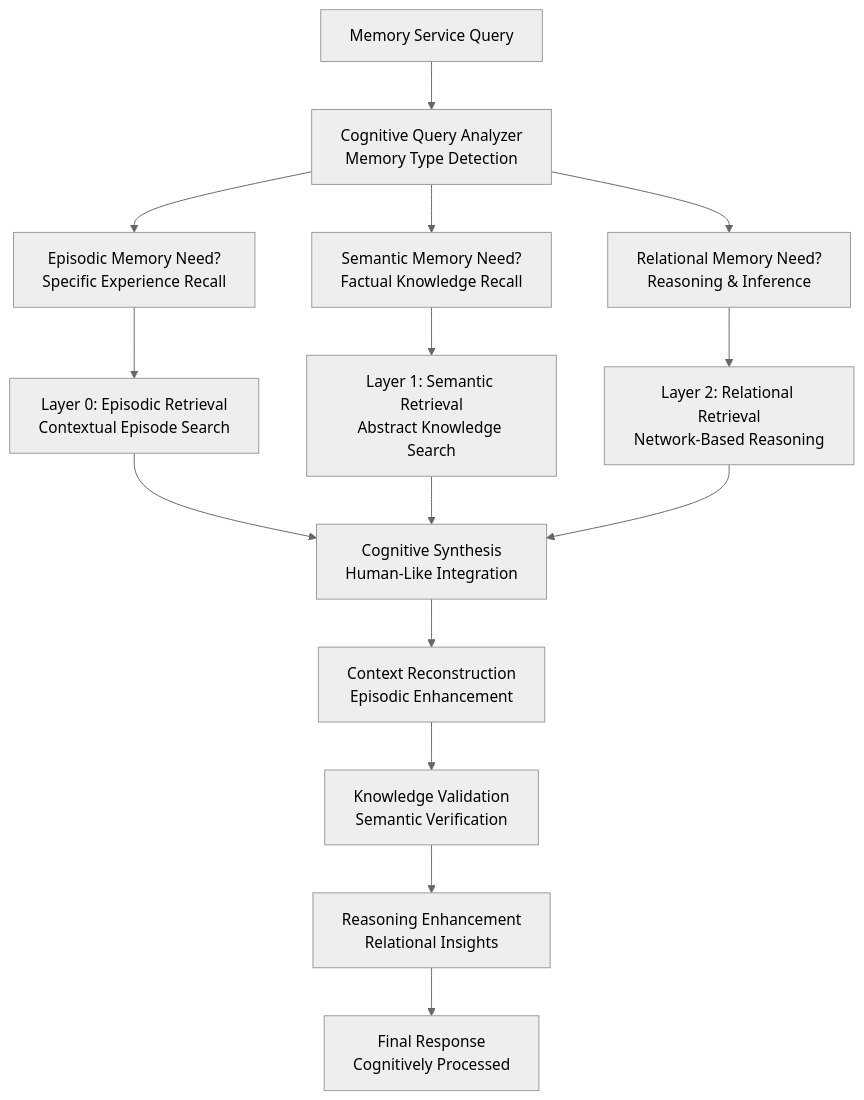
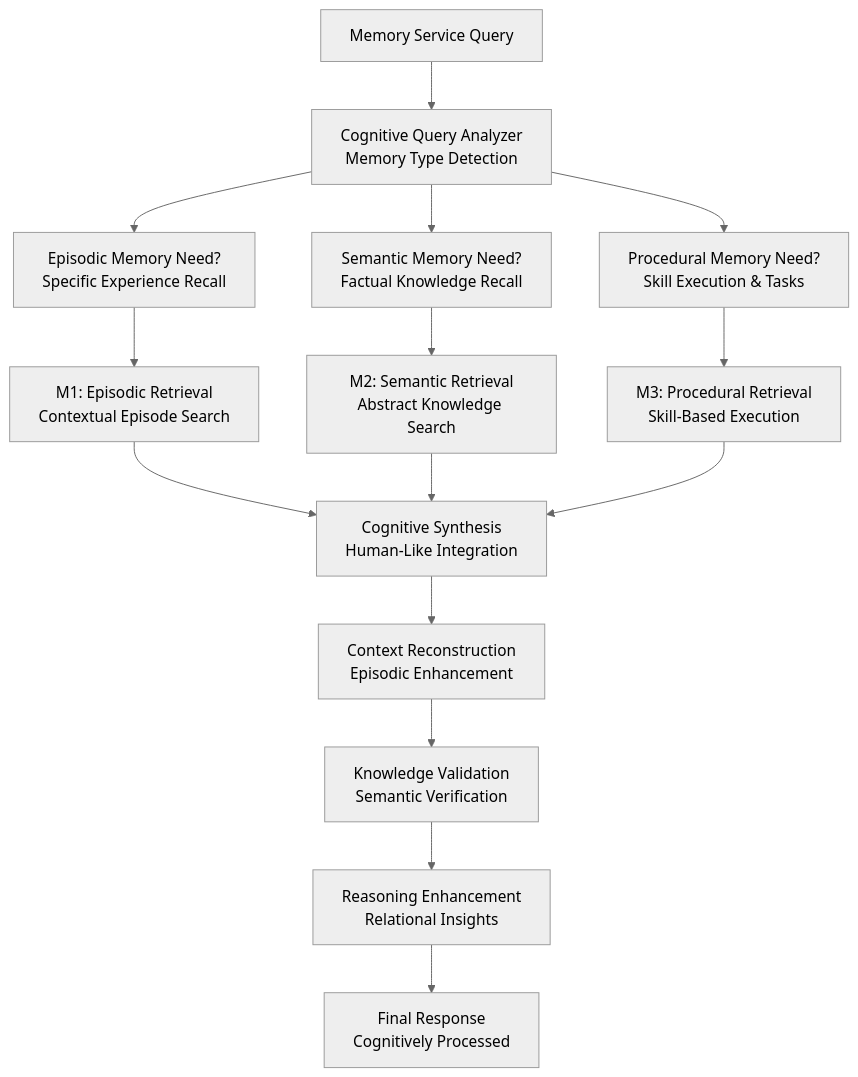
The eighth of 8 diagrams in docs/architecture/memory.md (memfuse/memfuse), drawn with Mermaid (neutral theme) before and after one commit. The commit also changed other lines of this file and 17 other files, not shown here.

First line of the commit message:
feat(memory): update memory layer architecture and introduce M3 layer

````diff
--- a/docs/architecture/memory.md
+++ b/docs/architecture/memory.md
@@ -1154,26 +1317,26 @@
 ```mermaid
 graph TD
     %% Query Input
     MEMORY_QUERY[Memory Service Query] --> COGNITIVE_ANALYZER[Cognitive Query Analyzer<br/>Memory Type Detection]
 
     %% Cognitive Strategy Selection
     COGNITIVE_ANALYZER --> EPISODIC_NEED[Episodic Memory Need?<br/>Specific Experience Recall]
     COGNITIVE_ANALYZER --> SEMANTIC_NEED[Semantic Memory Need?<br/>Factual Knowledge Recall]
-    COGNITIVE_ANALYZER --> RELATIONAL_NEED[Relational Memory Need?<br/>Reasoning & Inference]
+    COGNITIVE_ANALYZER --> PROCEDURAL_NEED[Procedural Memory Need?<br/>Skill Execution & Tasks]
 
     %% Layer-Specific Processing
-    EPISODIC_NEED --> M0_EPISODIC[Layer 0: Episodic Retrieval<br/>Contextual Episode Search]
-    SEMANTIC_NEED --> M1_SEMANTIC[Layer 1: Semantic Retrieval<br/>Abstract Knowledge Search]
-    RELATIONAL_NEED --> M2_RELATIONAL[Layer 2: Relational Retrieval<br/>Network-Based Reasoning]
+    EPISODIC_NEED --> M1_EPISODIC[M1: Episodic Retrieval<br/>Contextual Episode Search]
+    SEMANTIC_NEED --> M2_SEMANTIC[M2: Semantic Retrieval<br/>Abstract Knowledge Search]
+    PROCEDURAL_NEED --> M3_PROCEDURAL[M3: Procedural Retrieval<br/>Skill-Based Execution]
 
     %% Cognitive Synthesis
-    M0_EPISODIC --> COGNITIVE_SYNTHESIS[Cognitive Synthesis<br/>Human-Like Integration]
-    M1_SEMANTIC --> COGNITIVE_SYNTHESIS
-    M2_RELATIONAL --> COGNITIVE_SYNTHESIS
+    M1_EPISODIC --> COGNITIVE_SYNTHESIS[Cognitive Synthesis<br/>Human-Like Integration]
+    M2_SEMANTIC --> COGNITIVE_SYNTHESIS
+    M3_PROCEDURAL --> COGNITIVE_SYNTHESIS
 
     %% Result Processing
     COGNITIVE_SYNTHESIS --> CONTEXT_RECONSTRUCTION[Context Reconstruction<br/>Episodic Enhancement]
     CONTEXT_RECONSTRUCTION --> KNOWLEDGE_VALIDATION[Knowledge Validation<br/>Semantic Verification]
     KNOWLEDGE_VALIDATION --> REASONING_ENHANCEMENT[Reasoning Enhancement<br/>Relational Insights]
     REASONING_ENHANCEMENT --> FINAL_RESPONSE[Final Response<br/>Cognitively Processed]
 ```
````
